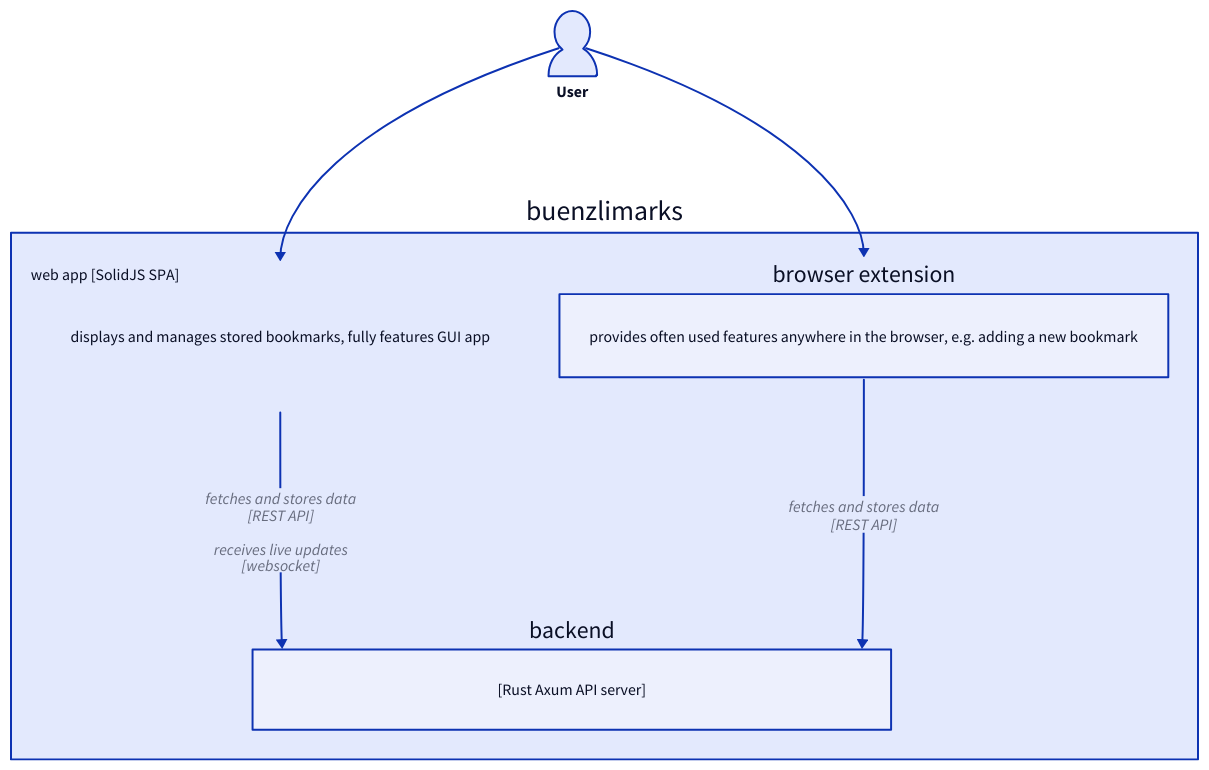
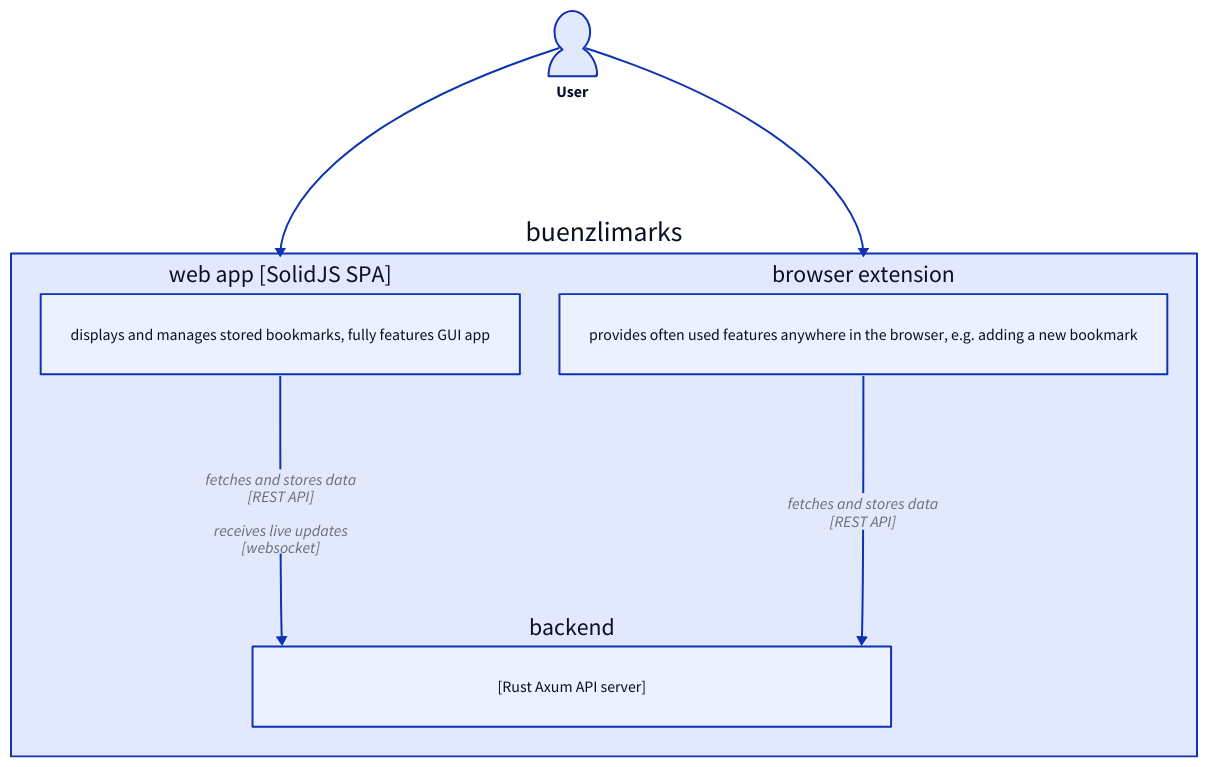
Before and after one commit to senekor/buenzlimarks: the diagram in docs/arc42/d2/container.d2, drawn with D2. The commit also changed 5 other files, not shown here.

Commit message:
update architecture diagrams

```diff
--- a/docs/arc42/d2/container.d2
+++ b/docs/arc42/d2/container.d2
@@ -1,48 +1,37 @@
 User.shape: person
 
 User -> buenzlimarks.web app
 User -> buenzlimarks.browser extension
 
 buenzlimarks: {
   web app: {
-    label: |md
-      web app
-      [SolidJS SPA]
-    |
+    label: "web app [SolidJS SPA]"
     description: {
       shape: text
-      label: |md
-        displays and manages
-        stored bookmarks,
-        fully features GUI app
-      |
+      label: "displays and manages stored bookmarks, fully features GUI app"
     }
   }
   browser extension.description: {
     shape: text
-    label: |md
-      provides often used features
-      anywhere in the browser,
-      e.g. adding a new bookmark
-    |
+    label: "provides often used features anywhere in the browser, e.g. adding a new bookmark"
   }
 
   web app -> backend: |md
     fetches and stores data
     [REST API]
 
     receives live updates
     [websocket]
   |
   browser extension -> backend: |md
     fetches and stores data
     [REST API]
   |
 
   backend: {
     description: {
       shape: text
       label: "[Rust Axum API server]"
     }
   }
 }
```
